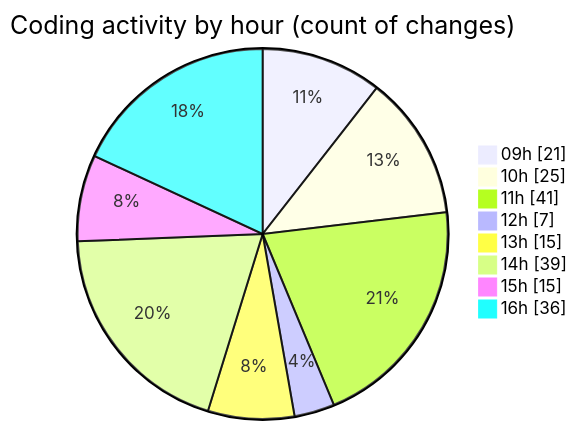
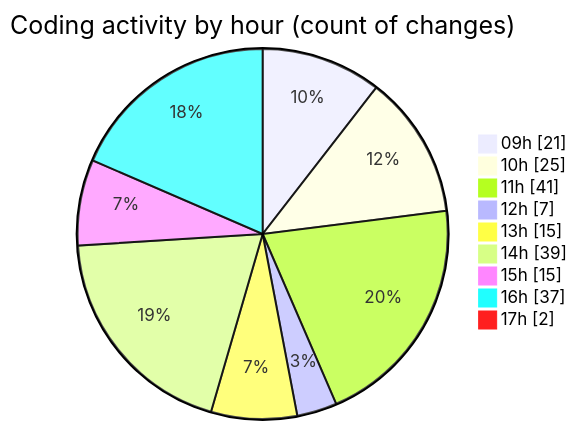
Before and after one commit to momahboobian/code-tracking: the second of 2 diagrams in 2025-12-01/cda/README.md, drawn with Mermaid. The commit also changed other lines of this file and 1 other file, not shown here.

````diff
--- a/2025-12-01/cda/README.md
+++ b/2025-12-01/cda/README.md
@@ -51,12 +51,13 @@
 ```mermaid
 pie showData
 title Coding activity by hour (count of changes)
 "09h" : 21
 "10h" : 25
 "11h" : 41
 "12h" : 7
 "13h" : 15
 "14h" : 39
 "15h" : 15
-"16h" : 36
+"16h" : 37
+"17h" : 2
 ```
````
